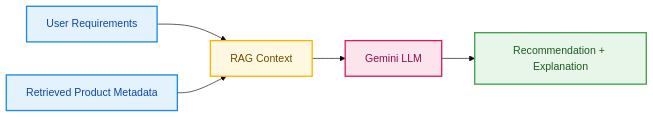
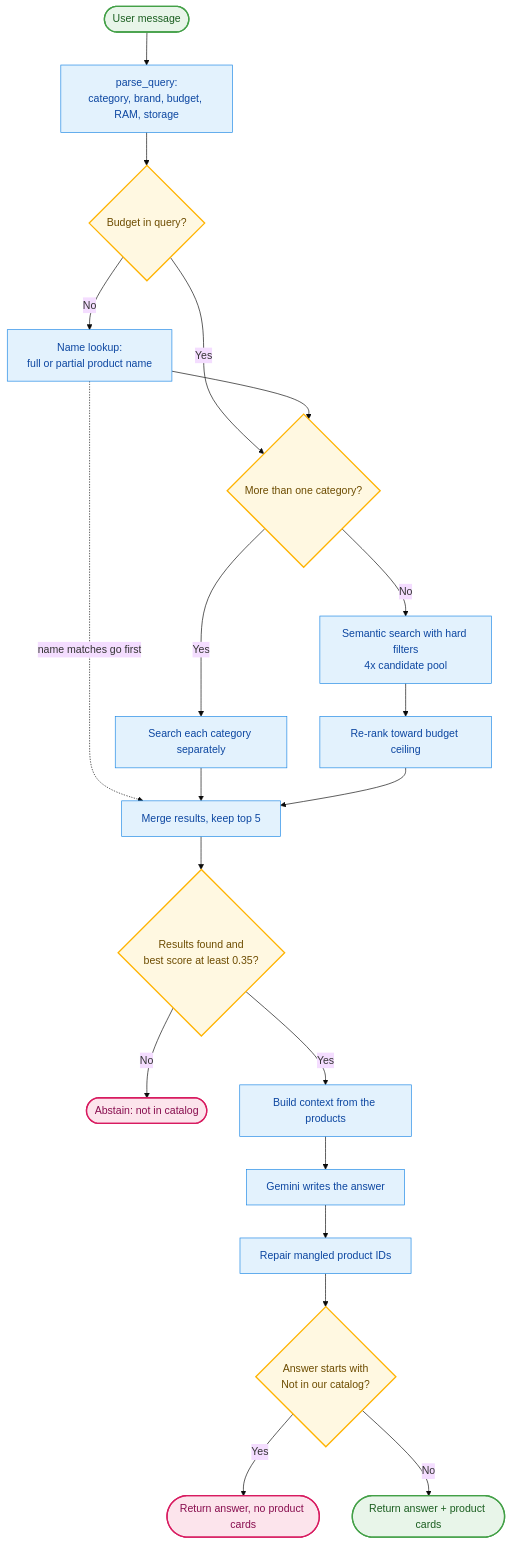
The third of 5 diagrams in README.md (Veenashree22533/final_year), drawn with Mermaid (base theme) before and after one commit. The commit also changed other lines of this file, not shown here.

````diff
--- a/README.md
+++ b/README.md
@@ -152,17 +149,32 @@
 ```mermaid
-flowchart LR
-    A[User Requirements] --> C[RAG Context]
-    B[Retrieved Product Metadata] --> C
-    C --> D[Gemini LLM]
-    D --> E[Recommendation + Explanation]
+flowchart TD
+    A(["User message"]) --> B["parse_query:<br/>category, brand, budget, RAM, storage"]
+    B --> C{"Budget in query?"}
+    C -- "No" --> D["Name lookup:<br/>full or partial product name"]
+    C -- "Yes" --> E{"More than one category?"}
+    D --> E
+    D -. "name matches go first" .-> H
+    E -- "Yes" --> F["Search each category separately"]
+    E -- "No" --> G["Semantic search with hard filters<br/>4x candidate pool"]
+    G --> I["Re-rank toward budget ceiling"]
+    F --> H["Merge results, keep top 5"]
+    I --> H
+    H --> J{"Results found and<br/>best score at least 0.35?"}
+    J -- "No" --> K(["Abstain: not in catalog"])
+    J -- "Yes" --> L["Build context from the products"]
+    L --> M["Gemini writes the answer"]
+    M --> N["Repair mangled product IDs"]
+    N --> O{"Answer starts with<br/>Not in our catalog?"}
+    O -- "Yes" --> P(["Return answer, no product cards"])
+    O -- "No" --> Q(["Return answer + product cards"])
 
-    classDef input fill:#E3F2FD,stroke:#1E88E5,stroke-width:2px,color:#0D47A1;
-    classDef context fill:#FFF8E1,stroke:#FFB300,stroke-width:2px,color:#6D4C00;
-    classDef llm fill:#FCE4EC,stroke:#D81B60,stroke-width:2px,color:#880E4F;
-    classDef output fill:#E8F5E9,stroke:#43A047,stroke-width:2px,color:#1B5E20;
+    classDef endpoint fill:#E8F5E9,stroke:#43A047,stroke-width:2px,color:#1B5E20;
+    classDef decision fill:#FFF8E1,stroke:#FFB300,stroke-width:2px,color:#6D4C00;
+    classDef step fill:#E3F2FD,stroke:#1E88E5,stroke-width:1px,color:#0D47A1;
+    classDef stop fill:#FCE4EC,stroke:#D81B60,stroke-width:2px,color:#880E4F;
 
-    class A,B input;
-    class C context;
-    class D llm;
-    class E output;
+    class A,Q endpoint;
+    class C,E,J,O decision;
+    class B,D,F,G,I,H,L,M,N step;
+    class K,P stop;
 ```
````
